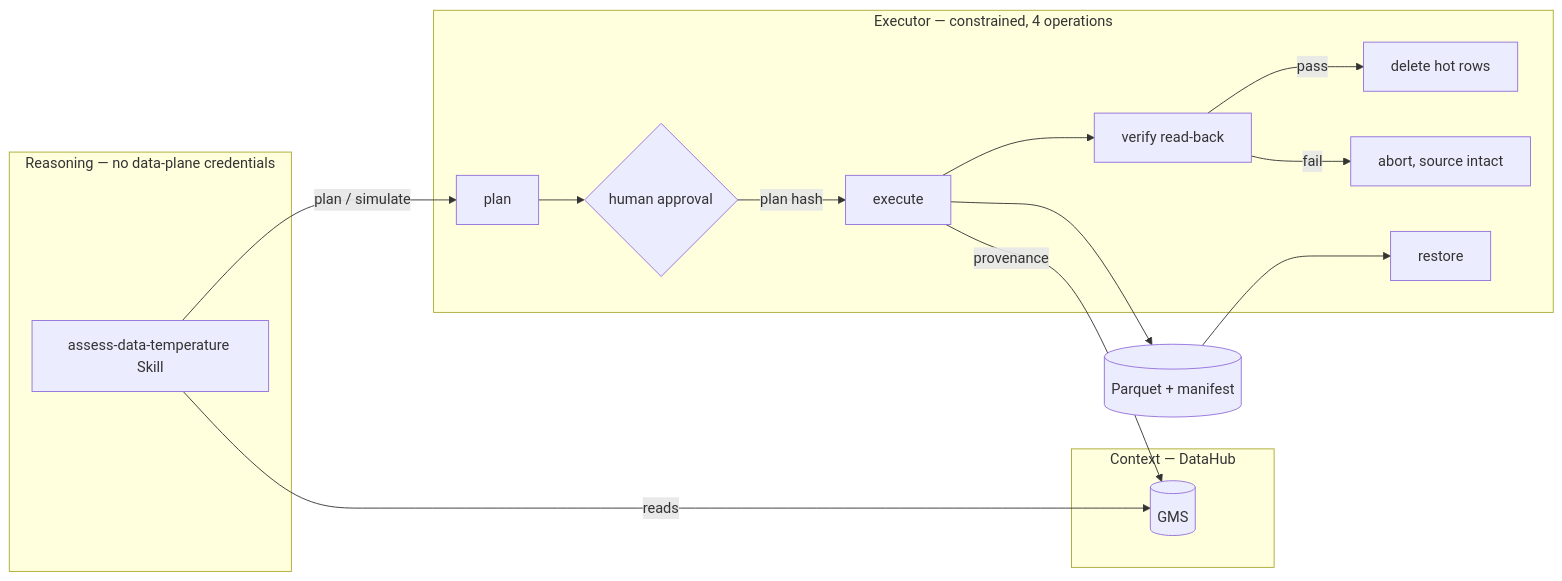
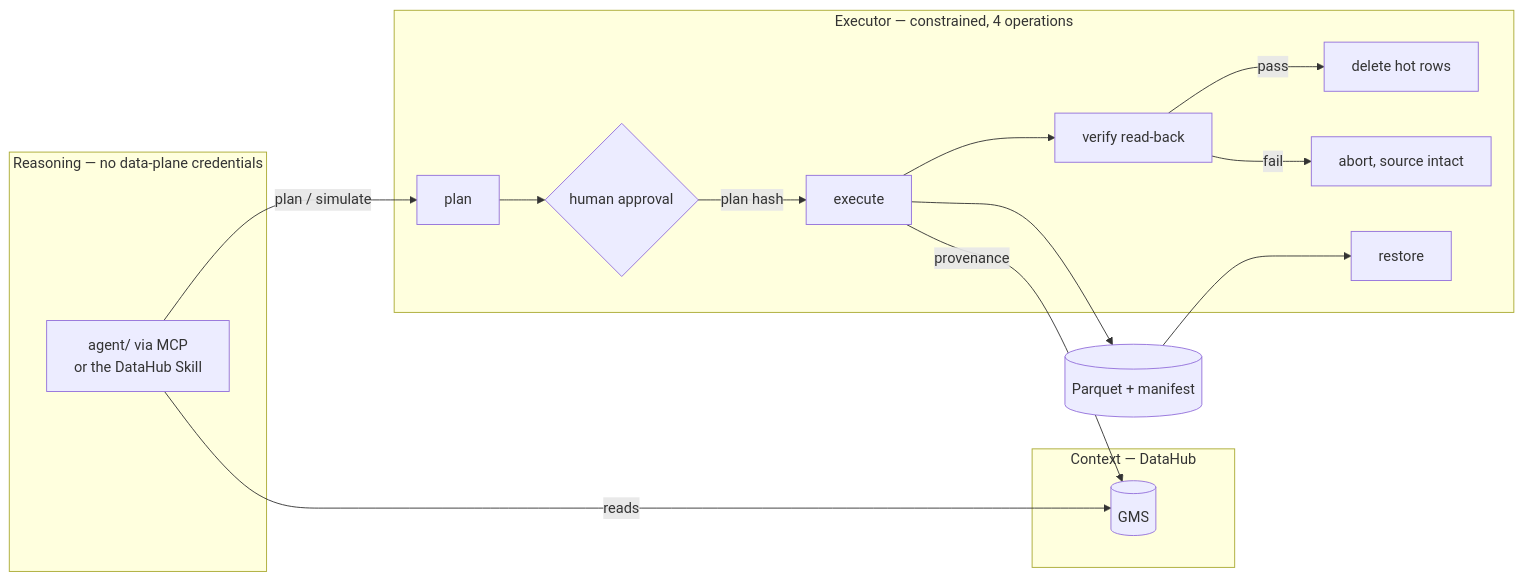
One commit to Abhinav0905/ColdLineage changed the diagram in README.md. Above: the diagram before and after it, drawn with Mermaid. The commit also changed other lines of this file and 5 other files, not shown here.

````diff
--- a/README.md
+++ b/README.md
@@ -196,22 +201,22 @@
 ```mermaid
 flowchart LR
   subgraph reasoning["Reasoning — no data-plane credentials"]
-    S[assess-data-temperature Skill]
+    S[agent/ via MCP<br/>or the DataHub Skill]
   end
   subgraph context["Context — DataHub"]
     DH[(GMS)]
   end
   subgraph executor["Executor — constrained, 4 operations"]
     P[plan] --> H{human approval}
     H -->|plan hash| X[execute]
     X --> V[verify read-back]
     V -->|pass| D[delete hot rows]
     V -->|fail| A[abort, source intact]
     R[restore]
   end
   S -->|reads| DH
   S -->|plan / simulate| P
   X --> M[(Parquet + manifest)]
   X -->|provenance| DH
   M --> R
 ```
````
